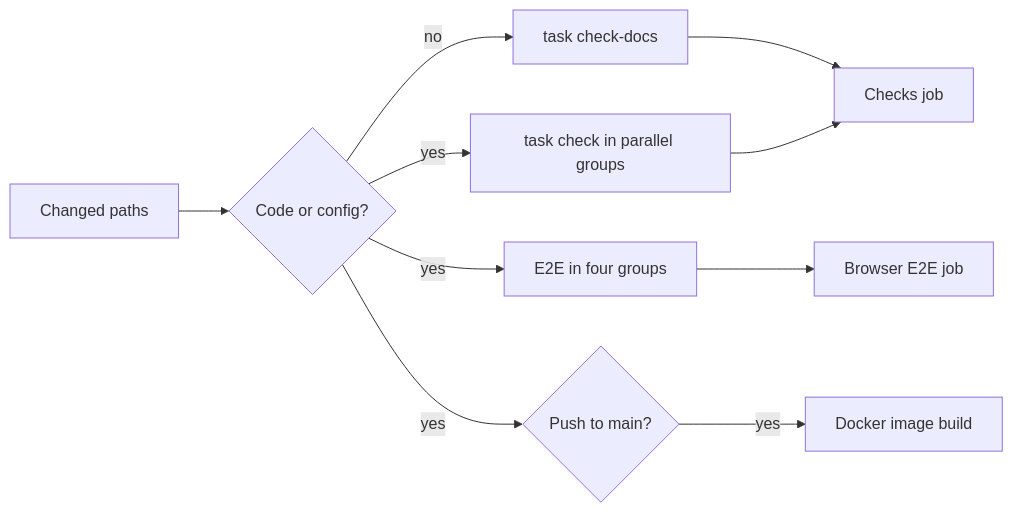
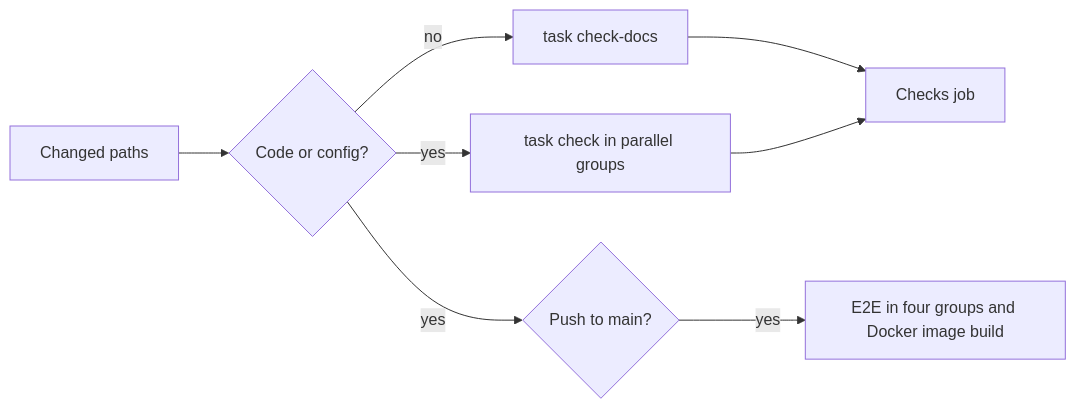
Before and after one commit to syudead/vv: the diagram in docs/how-to/development.md, drawn with Mermaid. The commit also changed other lines of this file and 1 other file, not shown here.

````diff
--- a/docs/how-to/development.md
+++ b/docs/how-to/development.md
@@ -64,12 +64,10 @@
 ```mermaid
 flowchart LR
   change[Changed paths] --> code{Code or config?}
   code -->|no| docs[task check-docs]
   code -->|yes| groups[task check in parallel groups]
-  code -->|yes| e2e[E2E in four groups]
   docs --> checks[Checks job]
   groups --> checks
-  e2e --> browser[Browser E2E job]
   code -->|yes| push{Push to main?}
-  push -->|yes| image[Docker image build]
+  push -->|yes| more[E2E in four groups and Docker image build]
 ```
````
